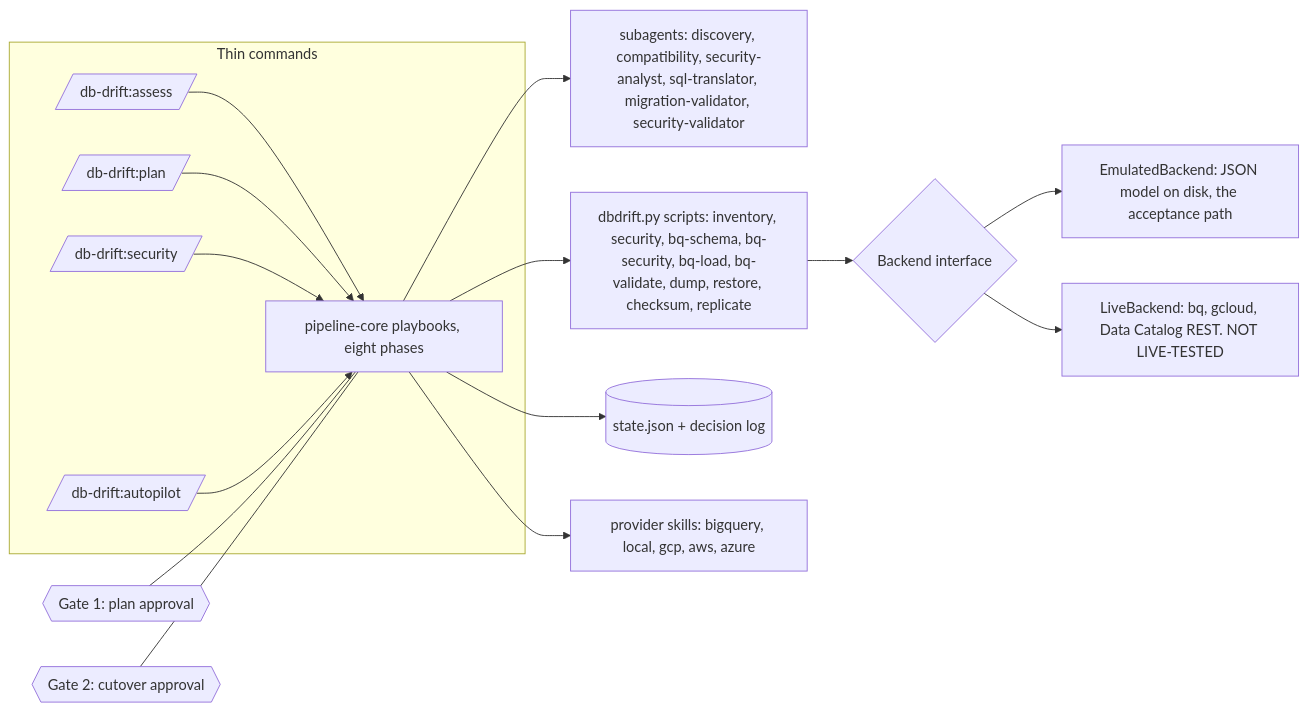
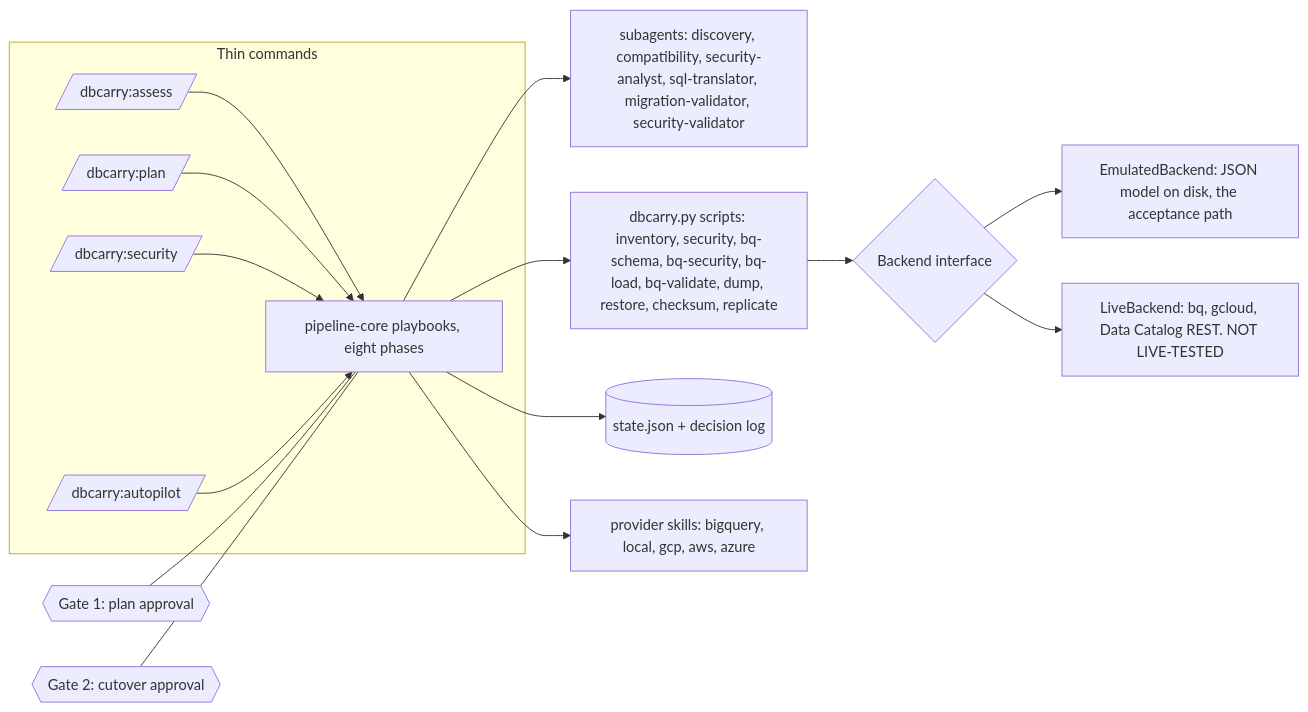
The diagram in README.md (ssevera1/dbcarry), drawn with Mermaid before and after one commit. The commit also changed other lines of this file and 83 other files, not shown here.

First line of the commit message:
chore: rename db-drift to dbcarry

````diff
--- a/README.md
+++ b/README.md
@@ -36,18 +36,18 @@
 ```mermaid
 flowchart LR
   subgraph commands [Thin commands]
-    A[/db-drift:assess/] --> PB
-    P[/db-drift:plan/] --> PB
-    S[/db-drift:security/] --> PB
-    M[/db-drift:autopilot/] --> PB
+    A[/dbcarry:assess/] --> PB
+    P[/dbcarry:plan/] --> PB
+    S[/dbcarry:security/] --> PB
+    M[/dbcarry:autopilot/] --> PB
   end
   PB[pipeline-core playbooks, eight phases] --> SA[subagents: discovery, compatibility, security-analyst, sql-translator, migration-validator, security-validator]
-  PB --> SC[dbdrift.py scripts: inventory, security, bq-schema, bq-security, bq-load, bq-validate, dump, restore, checksum, replicate]
+  PB --> SC[dbcarry.py scripts: inventory, security, bq-schema, bq-security, bq-load, bq-validate, dump, restore, checksum, replicate]
   SC --> BE{Backend interface}
   BE --> EM[EmulatedBackend: JSON model on disk, the acceptance path]
   BE --> LV[LiveBackend: bq, gcloud, Data Catalog REST. NOT LIVE-TESTED]
   PB --> ST[(state.json + decision log)]
   PB --> PR[provider skills: bigquery, local, gcp, aws, azure]
   G1{{Gate 1: plan approval}} --- PB
   G2{{Gate 2: cutover approval}} --- PB
 ```
````
